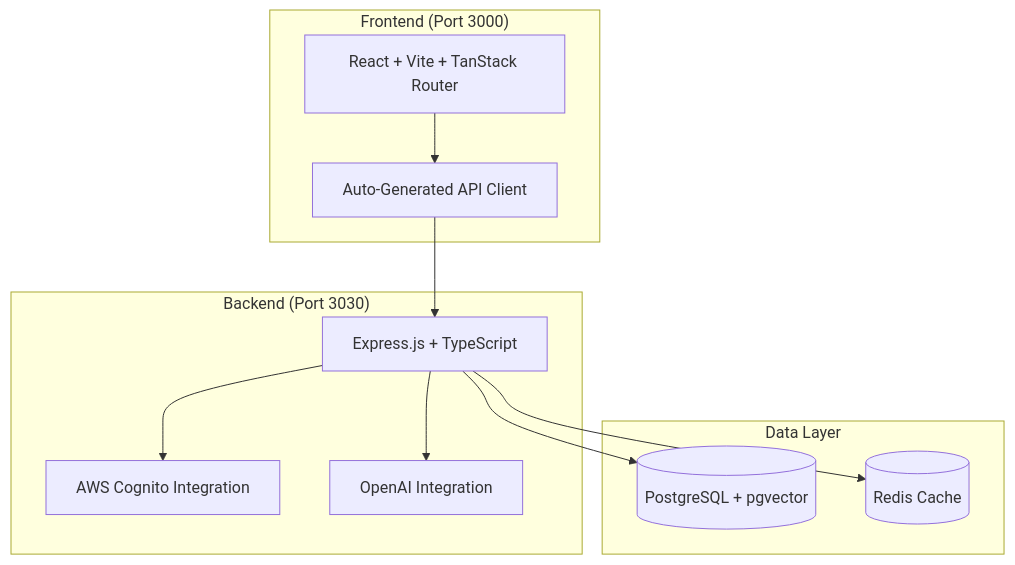
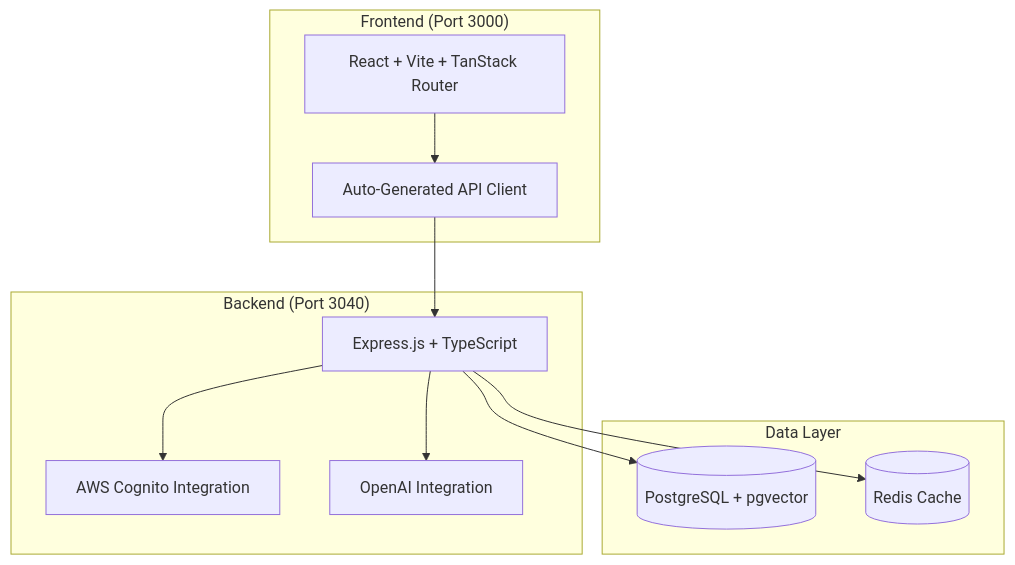
The diagram in docs/getting-started/README.md (RussOakham/macro-ai), drawn with Mermaid before and after one commit. The commit also changed other lines of this file and 11 other files, not shown here.

````diff
--- a/docs/getting-started/README.md
+++ b/docs/getting-started/README.md
@@ -215,25 +215,25 @@
 ```mermaid
 graph TB
     subgraph "Frontend (Port 3000)"
         UI[React + Vite + TanStack Router]
         CLIENT[Auto-Generated API Client]
     end
 
-    subgraph "Backend (Port 3030)"
+    subgraph "Backend (Port 3040)"
         API[Express.js + TypeScript]
         AUTH[AWS Cognito Integration]
         AI[OpenAI Integration]
     end
 
     subgraph "Data Layer"
         PG[(PostgreSQL + pgvector)]
         REDIS[(Redis Cache)]
     end
 
     UI --> CLIENT
     CLIENT --> API
     API --> AUTH
     API --> AI
     API --> PG
     API --> REDIS
 ```
````
